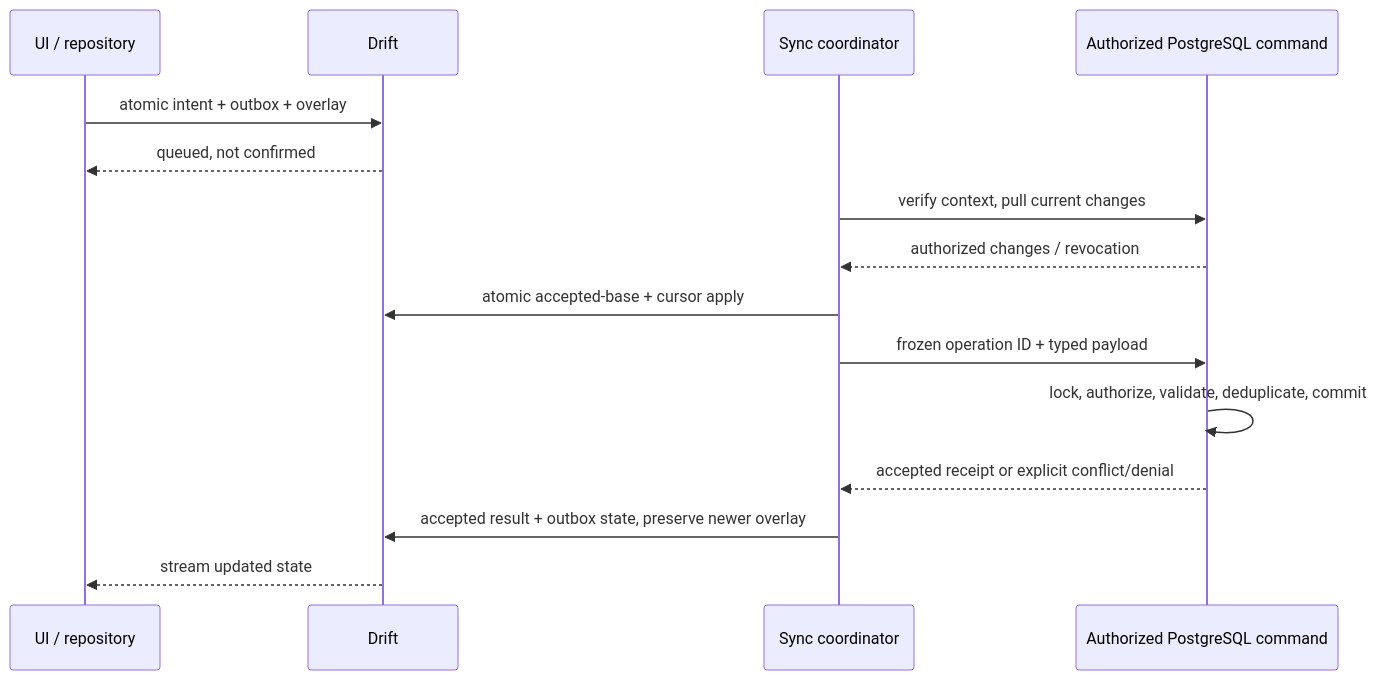
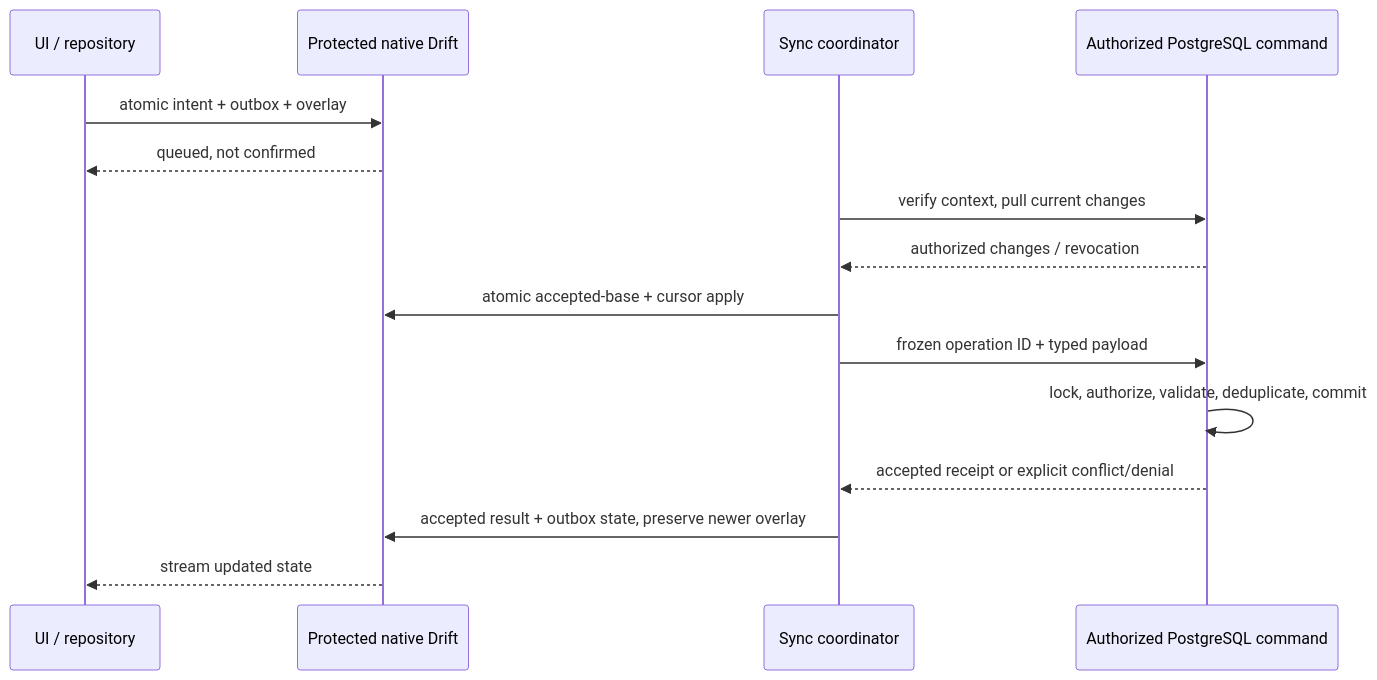
Before and after one commit to oronex-dev/twogethera: the second of 2 diagrams in docs/architecture/APPLICATION_CONTRACTS.md, drawn with Mermaid. The commit also changed other lines of this file and 19 other files, not shown here.

Commit message:
test: establish Twogethera security proof and architecture review

````diff
--- a/docs/architecture/APPLICATION_CONTRACTS.md
+++ b/docs/architecture/APPLICATION_CONTRACTS.md
@@ -87,17 +91,17 @@
 ```mermaid
 sequenceDiagram
     participant UI as UI / repository
-    participant L as Drift
+    participant L as Protected native Drift
     participant S as Sync coordinator
     participant P as Authorized PostgreSQL command
     UI->>L: atomic intent + outbox + overlay
     L-->>UI: queued, not confirmed
     S->>P: verify context, pull current changes
     P-->>S: authorized changes / revocation
     S->>L: atomic accepted-base + cursor apply
     S->>P: frozen operation ID + typed payload
     P->>P: lock, authorize, validate, deduplicate, commit
     P-->>S: accepted receipt or explicit conflict/denial
     S->>L: accepted result + outbox state, preserve newer overlay
     L-->>UI: stream updated state
 ```
````
